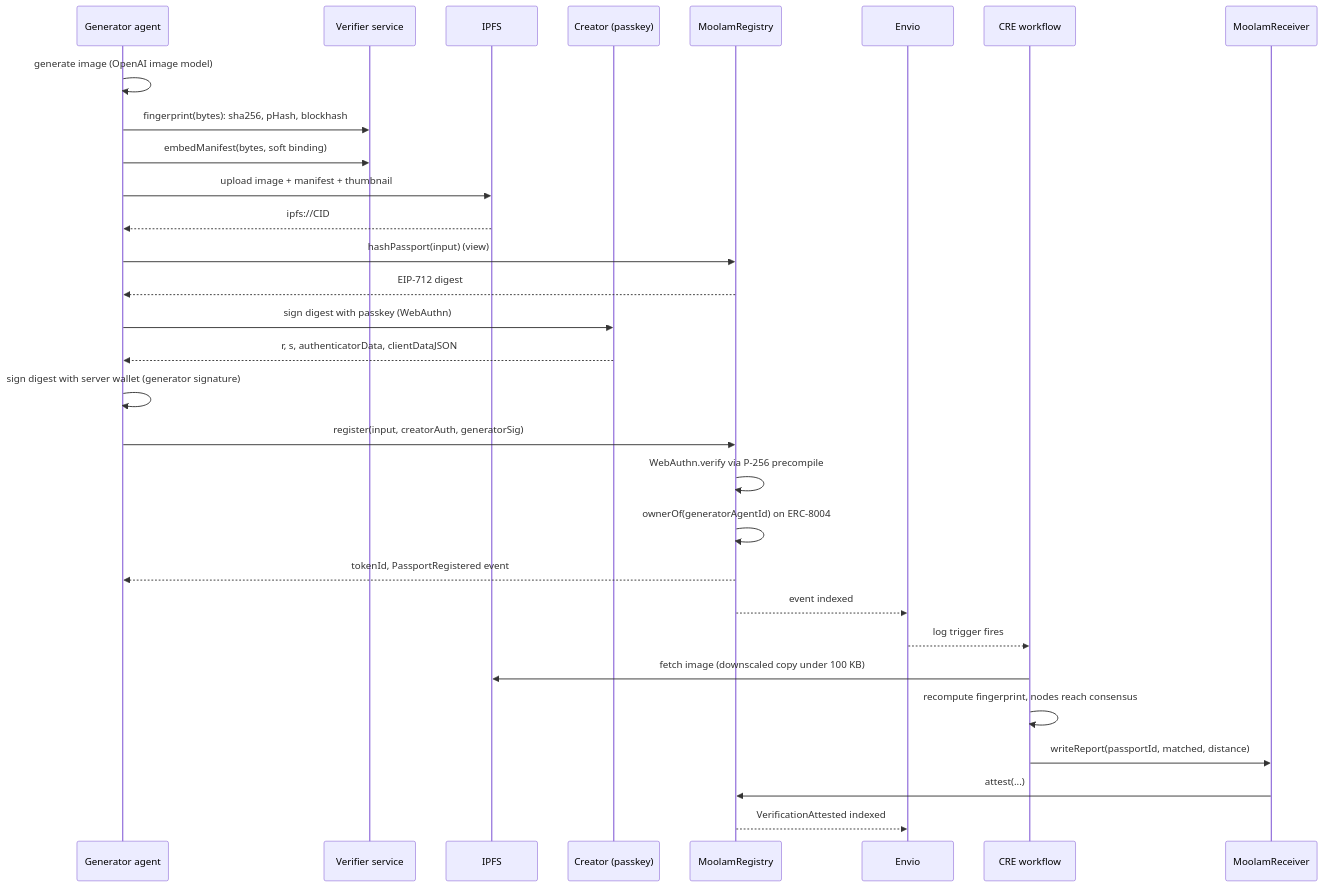
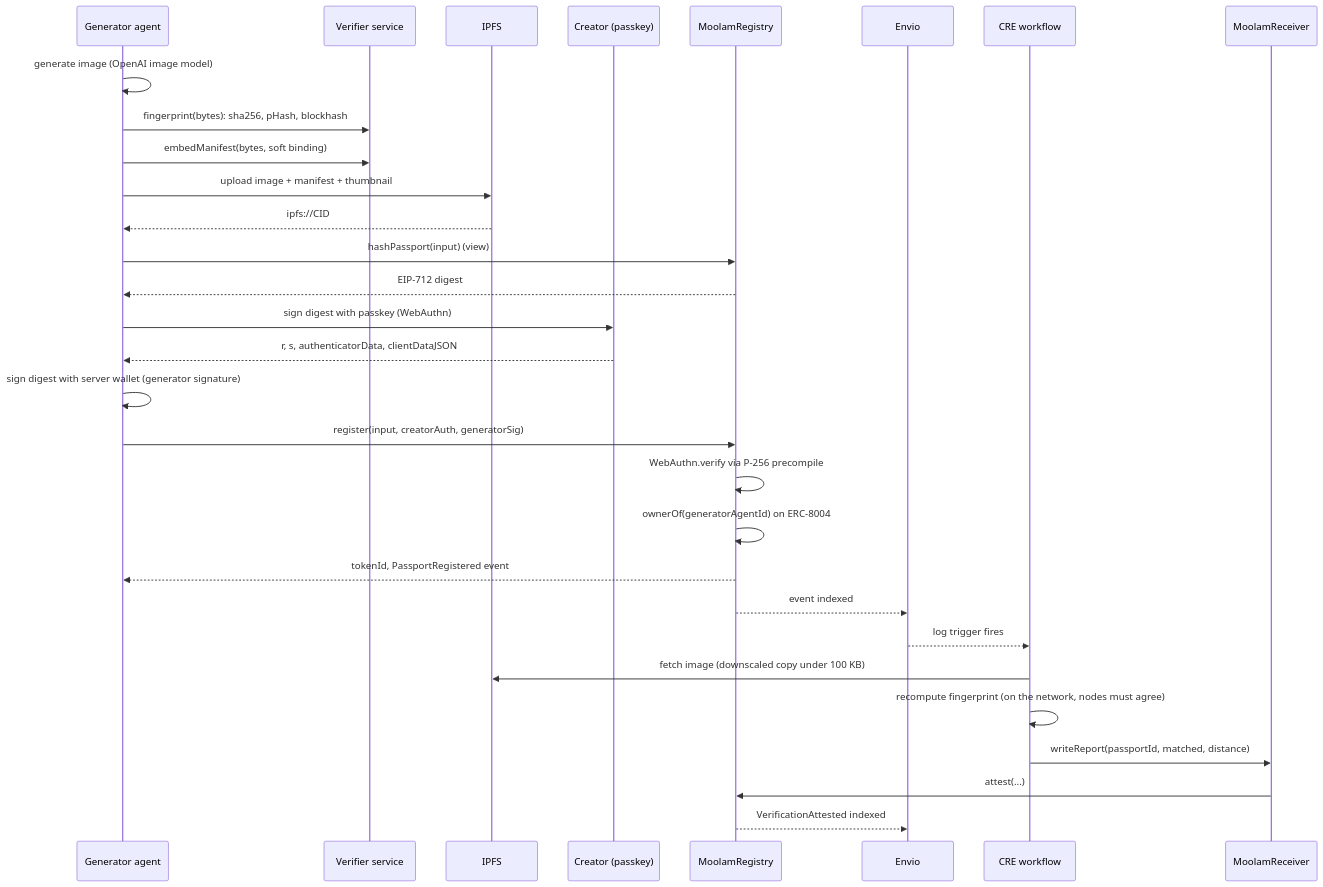
One commit to ramakrishnanhulk20/Moolam changed the fourth of 12 diagrams in docs/developers/architecture.md. Above: the diagram before and after it, drawn with Mermaid. The commit also changed other lines of this file and 35 other files, not shown here.

````diff
--- a/docs/developers/architecture.md
+++ b/docs/developers/architecture.md
@@ -88,33 +101,33 @@
 ```mermaid
 sequenceDiagram
     participant A as Generator agent
     participant S as Verifier service
     participant F as IPFS
     participant C as Creator (passkey)
     participant R as MoolamRegistry
     participant X as Envio
     participant W as CRE workflow
     participant RC as MoolamReceiver
 
     A->>A: generate image (OpenAI image model)
     A->>S: fingerprint(bytes): sha256, pHash, blockhash
     A->>S: embedManifest(bytes, soft binding)
     A->>F: upload image + manifest + thumbnail
     F-->>A: ipfs://CID
     A->>R: hashPassport(input) (view)
     R-->>A: EIP-712 digest
     A->>C: sign digest with passkey (WebAuthn)
     C-->>A: r, s, authenticatorData, clientDataJSON
     A->>A: sign digest with server wallet (generator signature)
     A->>R: register(input, creatorAuth, generatorSig)
     R->>R: WebAuthn.verify via P-256 precompile
     R->>R: ownerOf(generatorAgentId) on ERC-8004
     R-->>A: tokenId, PassportRegistered event
     R-->>X: event indexed
     X-->>W: log trigger fires
     W->>F: fetch image (downscaled copy under 100 KB)
-    W->>W: recompute fingerprint, nodes reach consensus
+    W->>W: recompute fingerprint (on the network, nodes must agree)
     W->>RC: writeReport(passportId, matched, distance)
     RC->>R: attest(...)
     R-->>X: VerificationAttested indexed
 ```
````
